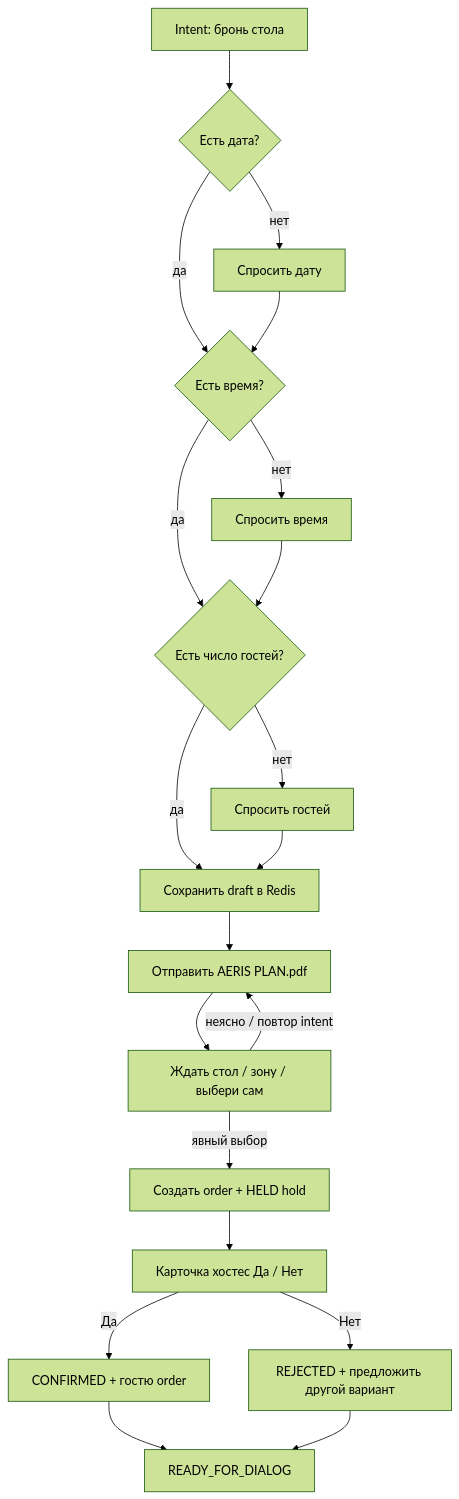
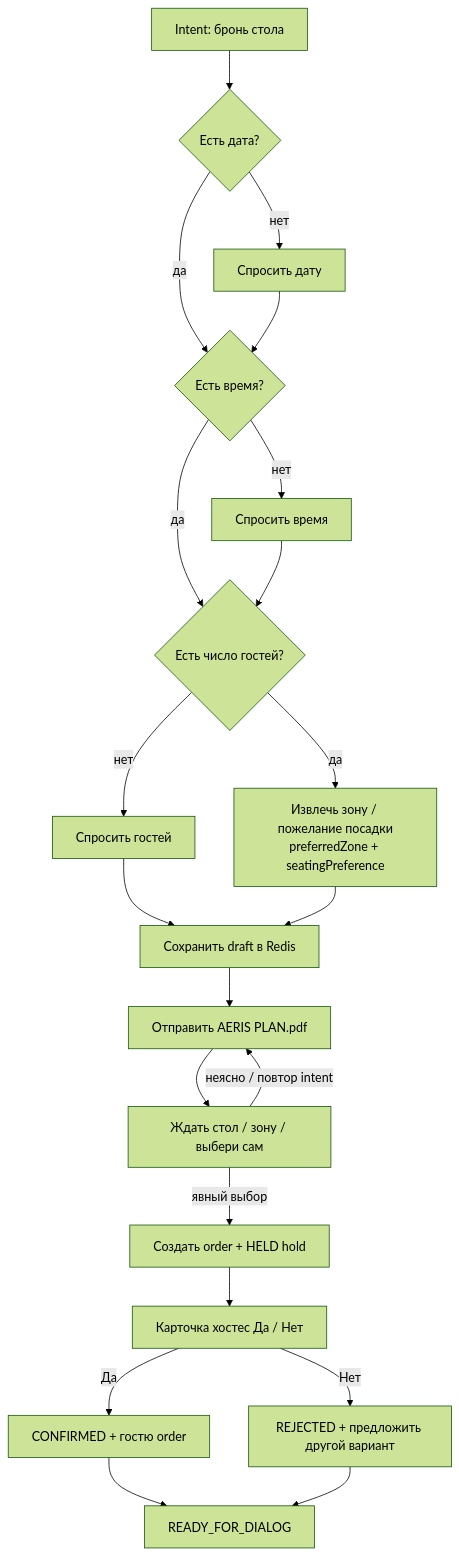
One commit to michaelwelly/Astor_Butler_MVP changed the seventh of 20 diagrams in docs/FSM_SCENARIOS.md. Above: the diagram before and after it, drawn with Mermaid (forest theme). The commit also changed other lines of this file and 23 other files, not shown here.

````diff
--- a/docs/FSM_SCENARIOS.md
+++ b/docs/FSM_SCENARIOS.md
@@ -507,22 +507,23 @@
 ```mermaid
 flowchart TD
     Start["Intent: бронь стола"] --> Date{"Есть дата?"}
     Date -- "нет" --> AskDate["Спросить дату"]
     Date -- "да" --> Time{"Есть время?"}
     AskDate --> Time
     Time -- "нет" --> AskTime["Спросить время"]
     Time -- "да" --> Party{"Есть число гостей?"}
     AskTime --> Party
     Party -- "нет" --> AskParty["Спросить гостей"]
-    Party -- "да" --> Draft["Сохранить draft в Redis"]
+    Party -- "да" --> Preference["Извлечь зону / пожелание посадки<br/>preferredZone + seatingPreference"]
     AskParty --> Draft
+    Preference --> Draft["Сохранить draft в Redis"]
     Draft --> Plan["Отправить AERIS PLAN.pdf"]
     Plan --> Select["Ждать стол / зону / выбери сам"]
     Select -- "явный выбор" --> Order["Создать order + HELD hold"]
     Select -- "неясно / повтор intent" --> Plan
     Order --> Hostess["Карточка хостес Да / Нет"]
     Hostess -- "Да" --> Confirm["CONFIRMED + гостю order"]
     Hostess -- "Нет" --> Reject["REJECTED + предложить другой вариант"]
     Confirm --> Home["READY_FOR_DIALOG"]
     Reject --> Home
 ```
````
